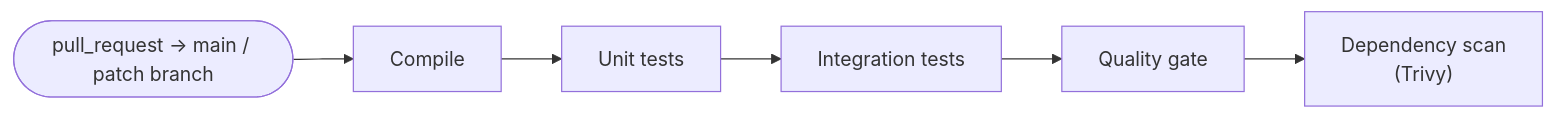
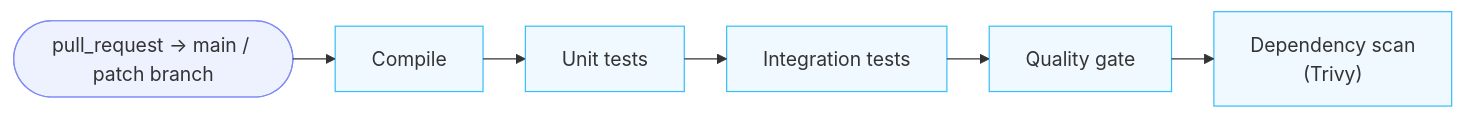
The first of 5 diagrams in docs/cicd-pipelines.md (NipunaRanasinghe/wso2i-process-guides), drawn with Mermaid before and after one commit. The commit also changed other lines of this file and 1 other file, not shown here.

Commit message:
Enhance CI/CD and component architecture documentation with improved Mermaid diagram clarity and structure

````diff
--- a/docs/cicd-pipelines.md
+++ b/docs/cicd-pipelines.md
@@ -19,8 +19,12 @@
 ```mermaid
+%%{init: {"layout": "elk"}}%%
 graph LR
-    T(["pull_request → main / patch branch"]) --> S1["Compile"]
-    S1 --> S2["Unit tests"]
-    S2 --> S3["Integration tests"]
-    S3 --> S4["Quality gate"]
-    S4 --> S5["Dependency scan<br>(Trivy)"]
+    T(["pull_request → main / patch branch"]):::trigger --> S1["Compile"]:::stage
+    S1 --> S2["Unit tests"]:::stage
+    S2 --> S3["Integration tests"]:::stage
+    S3 --> S4["Quality gate"]:::stage
+    S4 --> S5["Dependency scan<br>(Trivy)"]:::stage
+    classDef trigger stroke:#818cf8,fill:#eef2ff
+    classDef stage stroke:#38bdf8,fill:#f0f9ff
+    classDef artifact stroke:#fb923c,fill:#fff7ed
 ```
````
